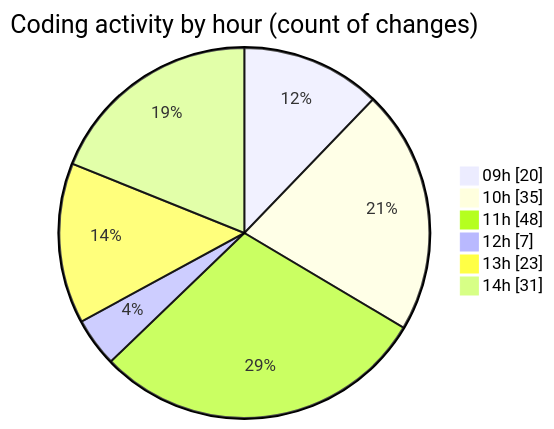
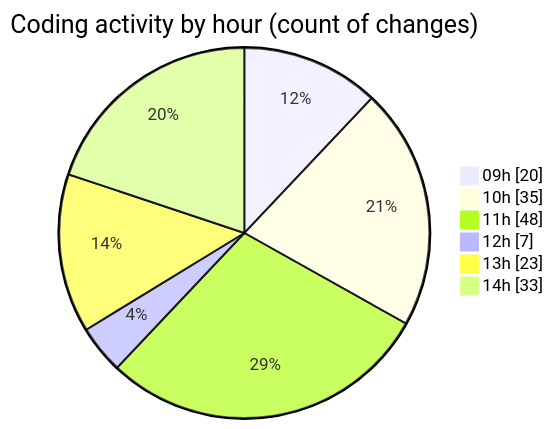
The second of 2 diagrams in 2025-06-10/ecodeli-1/README.md (CELIANVF/code-tracking), drawn with Mermaid before and after one commit. The commit also changed other lines of this file and 1 other file, not shown here.

````diff
--- a/2025-06-10/ecodeli-1/README.md
+++ b/2025-06-10/ecodeli-1/README.md
@@ -89,10 +89,10 @@
 ```mermaid
 pie showData
 title Coding activity by hour (count of changes)
 "09h" : 20
 "10h" : 35
 "11h" : 48
 "12h" : 7
 "13h" : 23
-"14h" : 31
+"14h" : 33
 ```
````
